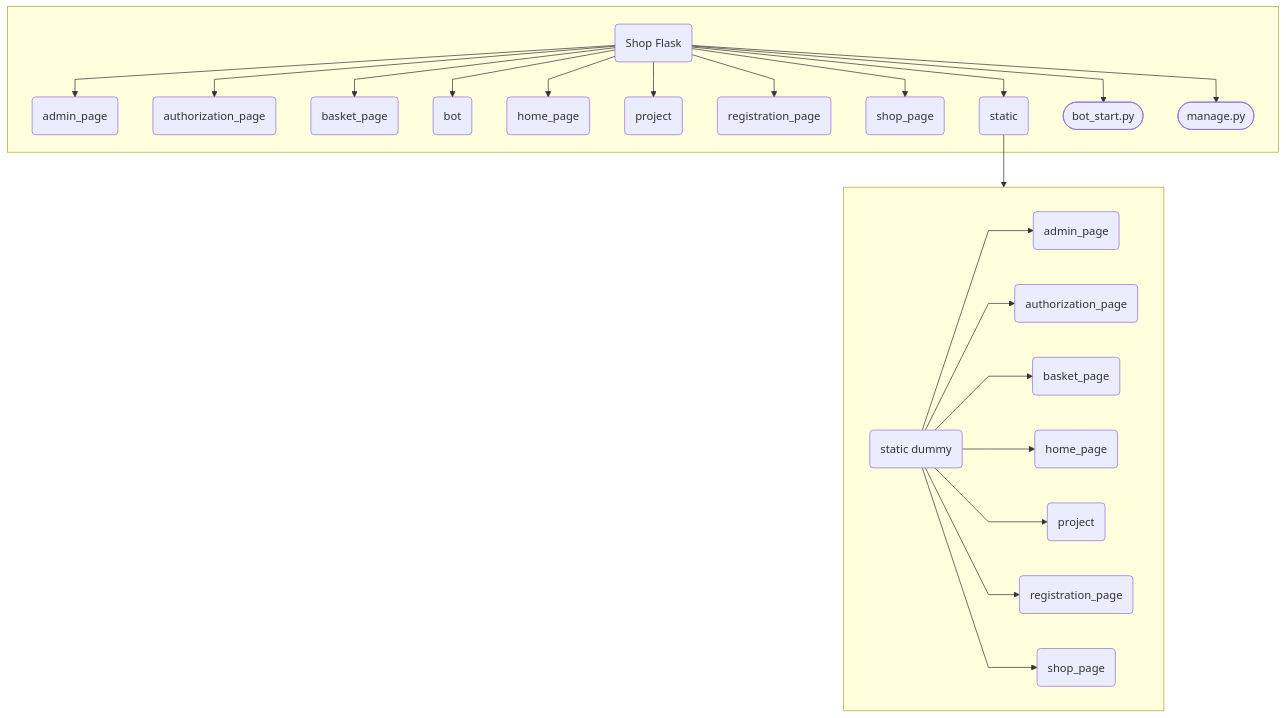
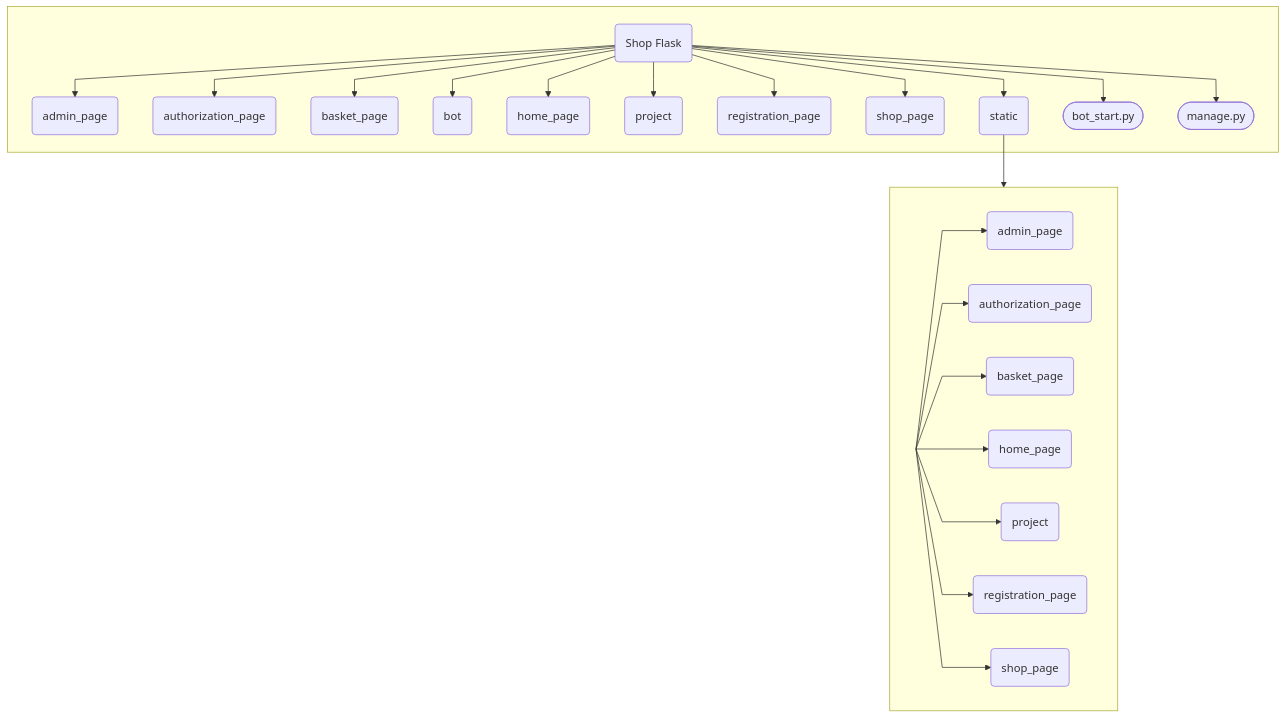
Before and after one commit to TereshonokMaksim/Shop-Flask: the diagram in README.md, drawn with Mermaid.

Commit message:
test 6 fix

````diff
--- a/README.md
+++ b/README.md
@@ -176,32 +176,34 @@
 ```mermaid
 %%{ init : { "theme" : "default", "flowchart" : { "curve" : "linear" } }}%%
 
 flowchart TD
 
 subgraph YA[" "]
     A(Shop Flask) --> L(admin_page)
     A(Shop Flask) --> K(authorization_page)
     A(Shop Flask) --> J(basket_page)
     A(Shop Flask) --> I(bot)
     A(Shop Flask) --> H(home_page)
     A(Shop Flask) --> G(project)
     A(Shop Flask) --> F(registration_page)
     A(Shop Flask) --> E(shop_page)
     A(Shop Flask) --> D(static)
     A(Shop Flask) --> C([bot_start.py])
     A(Shop Flask) --> B([manage.py])
 end
 
 subgraph YB[" "]
 direction LR
     DA(static dummy):::hidden --> DB(admin_page)
     DA(static dummy):::hidden --> DC(authorization_page)
     DA(static dummy):::hidden --> DD(basket_page)
     DA(static dummy):::hidden --> DE(home_page)
     DA(static dummy):::hidden --> DF(project)
     DA(static dummy):::hidden --> DG(registration_page)
     DA(static dummy):::hidden --> DH(shop_page)
+
+    classDef hidden display: none;
 end
 
 D --> DA
 ```
````
